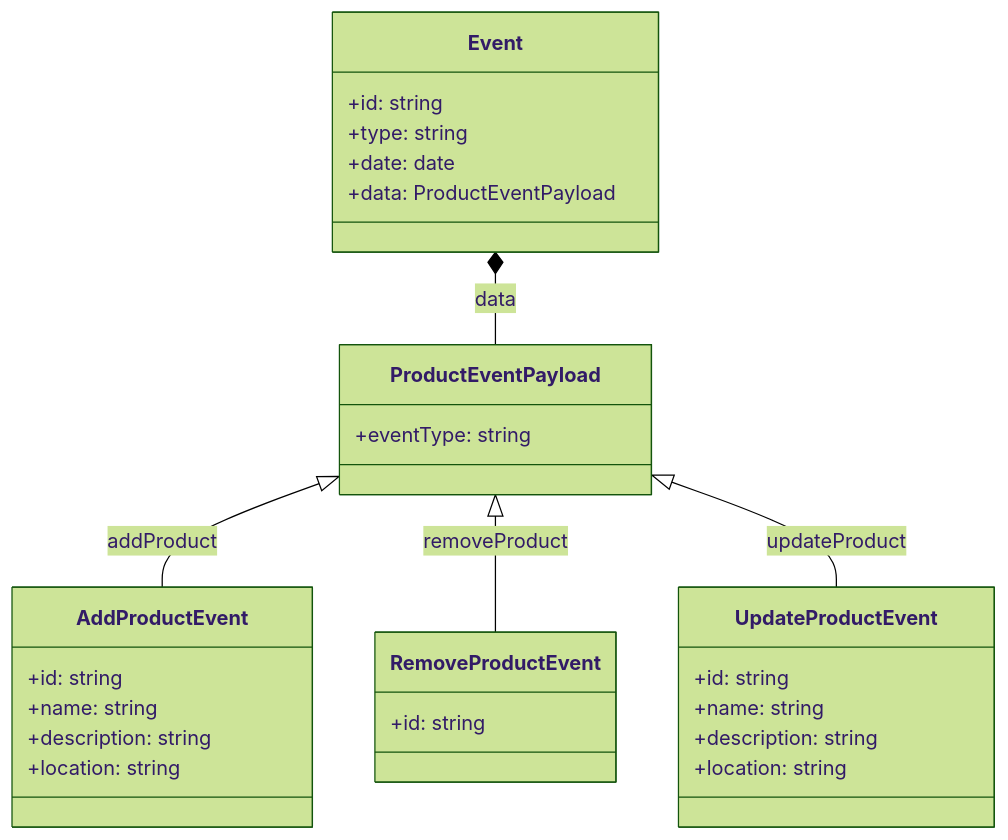
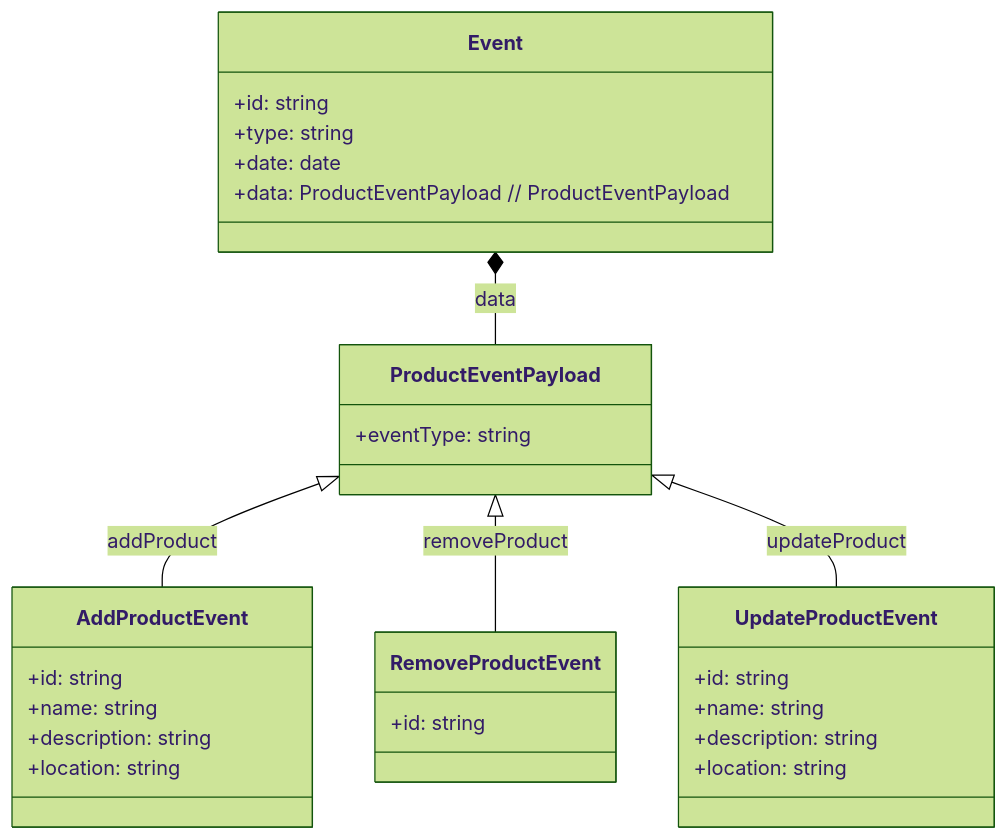
Diagram 12 of 16 in examples/mermaid-examples.md (kothar/zod-mermaid), drawn with Mermaid (forest theme) before and after one commit. The commit also changed other lines of this file and 2 other files, not shown here.

Commit message:
Refactor: Add entity names to ER diagrams and improve type safety

````diff
--- a/examples/mermaid-examples.md
+++ b/examples/mermaid-examples.md
@@ -274,31 +274,31 @@
 ```mermaid
 classDiagram
     class Event {
         +id: string
         +type: string
         +date: date
-        +data: ProductEventPayload
+        +data: ProductEventPayload // ProductEventPayload
     }
     class ProductEventPayload {
         +eventType: string
     }
     class AddProductEvent {
         +id: string
         +name: string
         +description: string
         +location: string
     }
     class RemoveProductEvent {
         +id: string
     }
     class UpdateProductEvent {
         +id: string
         +name: string
         +description: string
         +location: string
     }
     Event *-- ProductEventPayload : data
     ProductEventPayload <|-- AddProductEvent : addProduct
     ProductEventPayload <|-- RemoveProductEvent : removeProduct
     ProductEventPayload <|-- UpdateProductEvent : updateProduct
 ```
````
